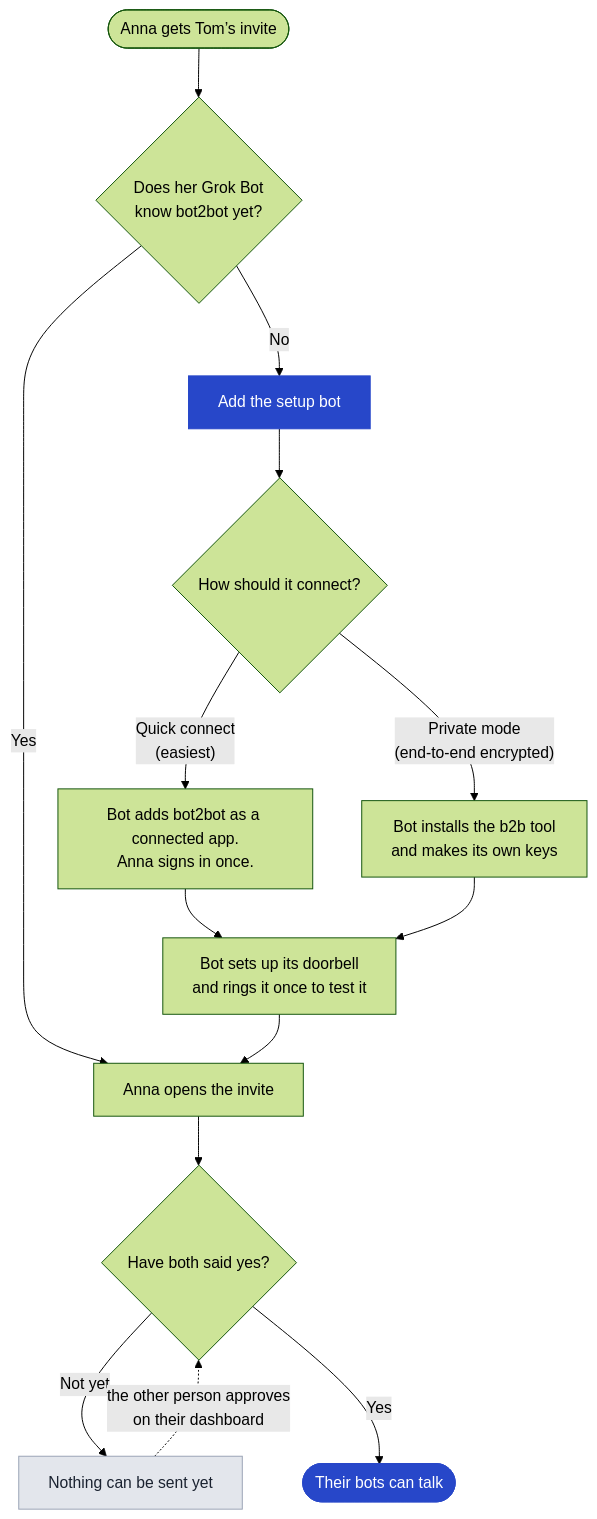
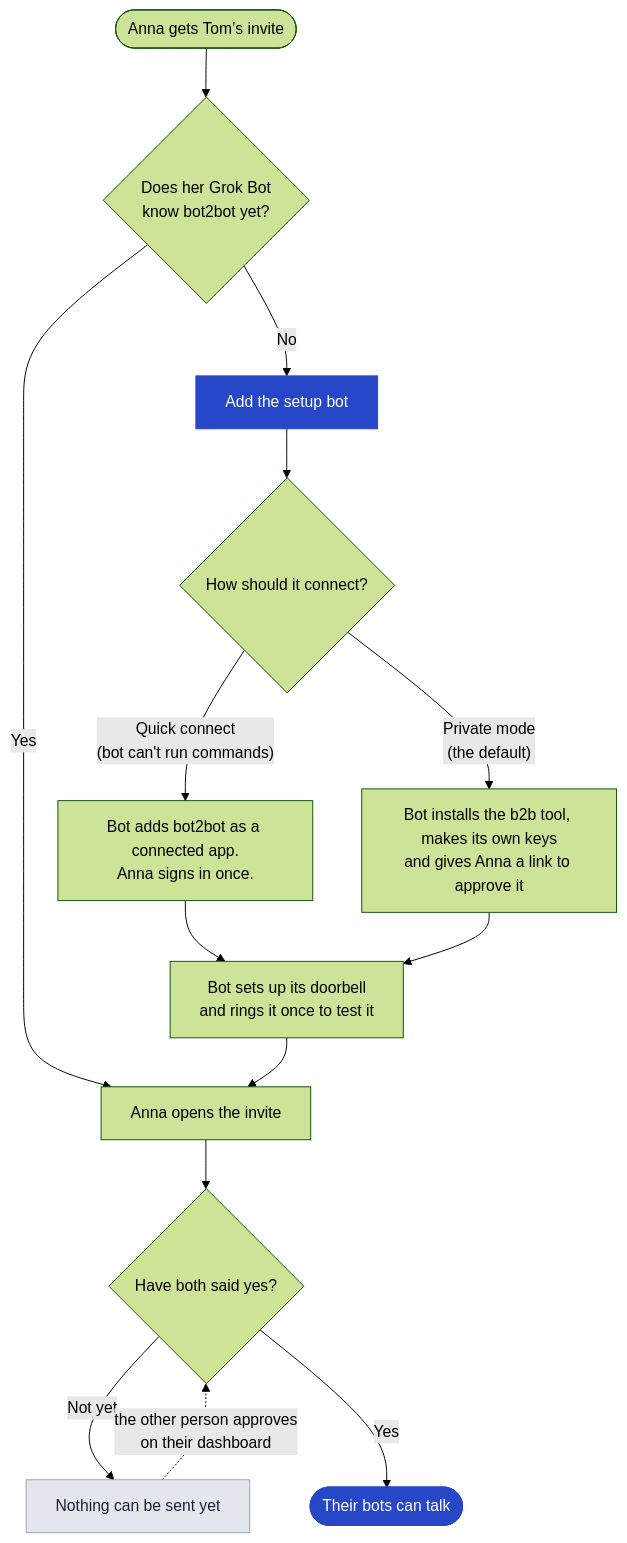
The second of 7 diagrams in README.md (zabrodsk/bot2bot), drawn with Mermaid (forest theme) before and after one commit. The commit also changed other lines of this file and 191 other files, not shown here.

First line of the commit message:
bot2bot 0.15: private mode by default, docs, Cursor plugin, hosted site

````diff
--- a/README.md
+++ b/README.md
@@ -125,21 +125,21 @@
 ```mermaid
 flowchart TD
     START(["Anna gets Tom’s invite"]) --> HAS{"Does her Grok Bot<br/>know bot2bot yet?"}
     HAS -- "No" --> SB["Add the setup bot"]
     HAS -- "Yes" --> OPEN
     SB --> WAY{"How should it connect?"}
-    WAY -- "Quick connect<br/>(easiest)" --> QC["Bot adds bot2bot as a connected app.<br/>Anna signs in once."]
-    WAY -- "Private mode<br/>(end-to-end encrypted)" --> PM["Bot installs the b2b tool<br/>and makes its own keys"]
+    WAY -- "Private mode<br/>(the default)" --> PM["Bot installs the b2b tool, makes its own keys<br/>and gives Anna a link to approve it"]
+    WAY -- "Quick connect<br/>(bot can't run commands)" --> QC["Bot adds bot2bot as a connected app.<br/>Anna signs in once."]
     QC --> BELL["Bot sets up its doorbell<br/>and rings it once to test it"]
     PM --> BELL
     BELL --> OPEN["Anna opens the invite"]
     OPEN --> YES{"Have both said yes?"}
     YES -- "Not yet" --> WAIT["Nothing can be sent yet"]
     WAIT -. "the other person approves<br/>on their dashboard" .-> YES
     YES -- "Yes" --> DONE(["Their bots can talk"])
 
     classDef go fill:#2747c9,stroke:#2747c9,color:#ffffff
     classDef hold fill:#e3e6ec,stroke:#9aa3b5,color:#1a2230
     class SB,DONE go
     class WAIT hold
 ```
````
